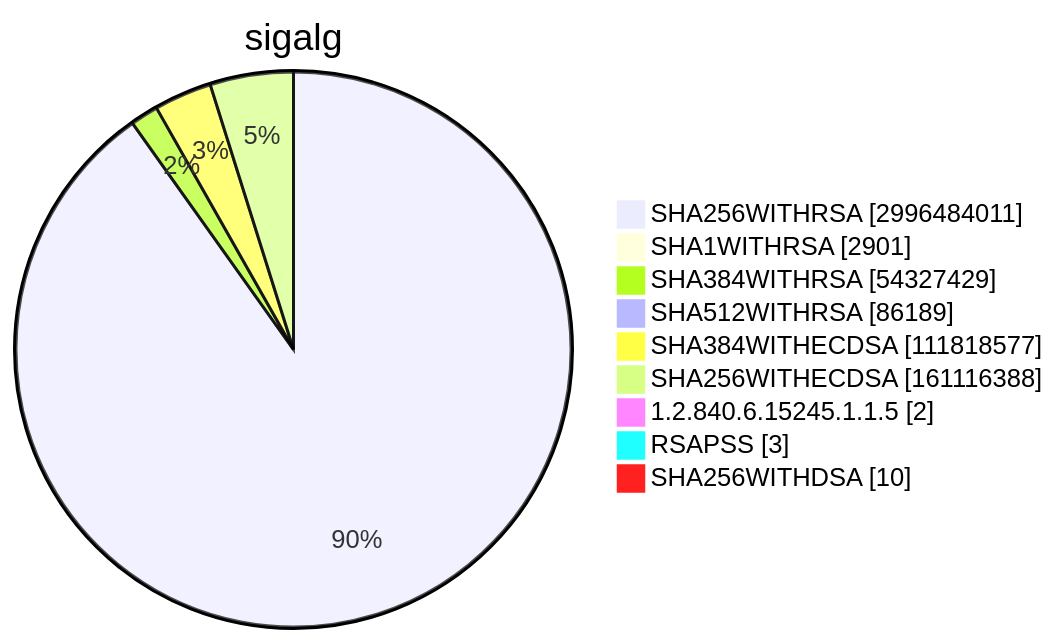
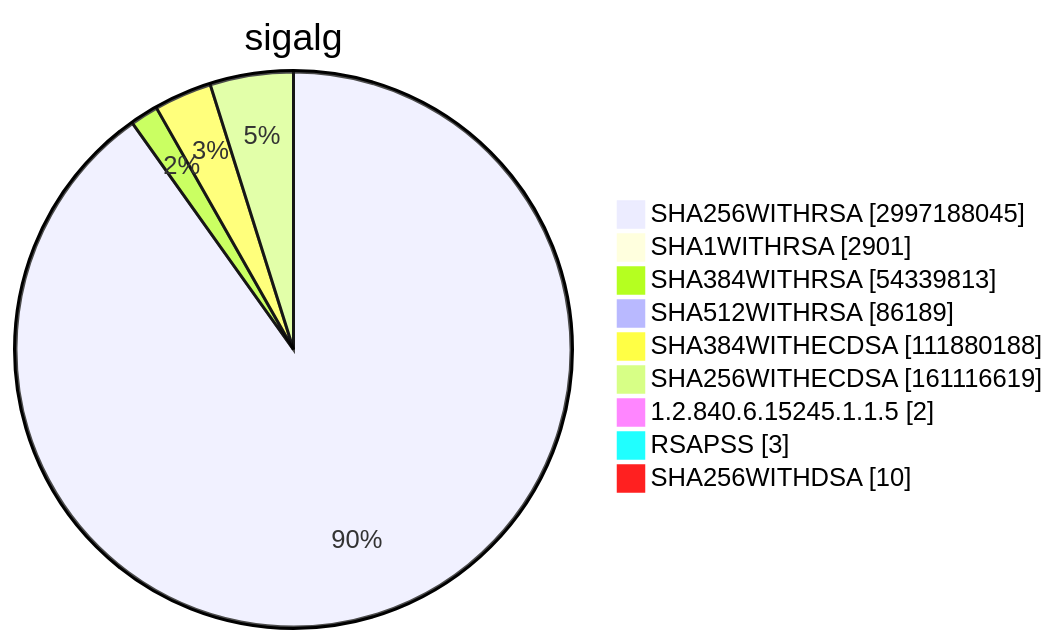
One commit to christiankrug/ctmonitor_visualization changed diagram 15 of 15 in TOTAL/README.md. Above: the diagram before and after it, drawn with Mermaid. The commit also changed other lines of this file, not shown here.

````diff
--- a/TOTAL/README.md
+++ b/TOTAL/README.md
@@ -6208,13 +6208,13 @@
 ```mermaid
 pie showData
 title sigalg
-"SHA256WITHRSA" :2996484011
+"SHA256WITHRSA" :2997188045
 "SHA1WITHRSA" :2901
-"SHA384WITHRSA" :54327429
+"SHA384WITHRSA" :54339813
 "SHA512WITHRSA" :86189
-"SHA384WITHECDSA" :111818577
-"SHA256WITHECDSA" :161116388
+"SHA384WITHECDSA" :111880188
+"SHA256WITHECDSA" :161116619
 "1.2.840.6.15245.1.1.5" :2
 "RSAPSS" :3
 "SHA256WITHDSA" :10
 ```
````
